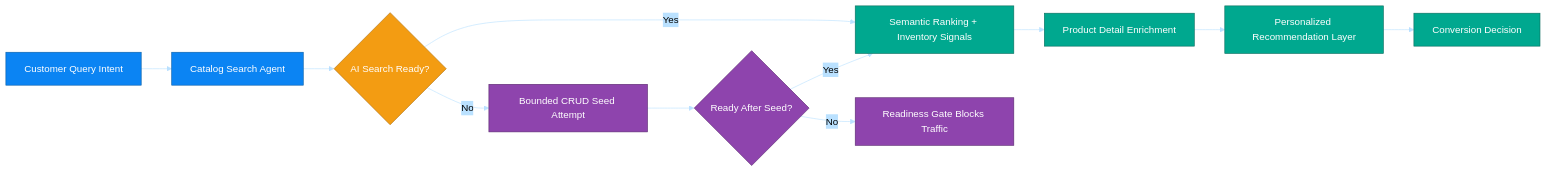
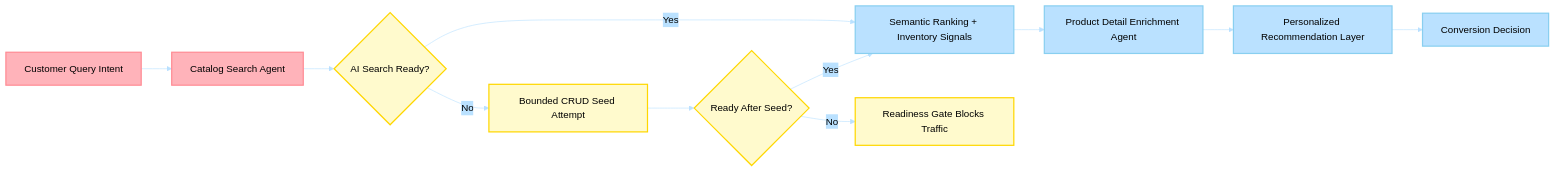
One commit to Azure-Samples/holiday-peak-hub changed the diagram in docs/business_scenarios/02-product-discovery-enrichment/README.md. Above: the diagram before and after it, drawn with Mermaid. The commit also changed other lines of this file and 112 other files, not shown here.

````diff
--- a/docs/business_scenarios/02-product-discovery-enrichment/README.md
+++ b/docs/business_scenarios/02-product-discovery-enrichment/README.md
@@ -27,30 +41,29 @@
 ```mermaid
 %%{init: {'theme':'base', 'themeVariables': {
   'primaryColor':'#FFB3BA',
   'primaryTextColor':'#000',
   'primaryBorderColor':'#FF8B94',
   'lineColor':'#BAE1FF',
   'secondaryColor':'#BAE1FF',
   'tertiaryColor':'#FFFFFF'
 }}}%%
 flowchart LR
    A[Customer Query Intent] --> B[Catalog Search Agent]
    B --> G{AI Search Ready?}
    G -->|Yes| C[Semantic Ranking + Inventory Signals]
-   C --> D[Product Detail Enrichment]
+   C --> D[Product Detail Enrichment Agent]
    D --> E[Personalized Recommendation Layer]
    E --> F[Conversion Decision]
    G -->|No| H[Bounded CRUD Seed Attempt]
    H --> I{Ready After Seed?}
    I -->|Yes| C
    I -->|No| J[Readiness Gate Blocks Traffic]
 
-   classDef a fill:#0B84F3,color:#fff,stroke:#085ea8
-   classDef b fill:#00A88F,color:#fff,stroke:#0b6e5f
-   classDef c fill:#F39C12,color:#fff,stroke:#af6f0c
-   classDef d fill:#8E44AD,color:#fff,stroke:#5b2a70
-   class A,B a
-   class C,D,E,F b
-   class G c
-   class H,I,J d
+   classDef primary fill:#FFB3BA,stroke:#FF8B94,stroke-width:2px,color:#000
+   classDef secondary fill:#BAE1FF,stroke:#89CFF0,stroke-width:2px,color:#000
+   classDef alert fill:#FFFACD,stroke:#FFD700,stroke-width:2px,color:#000
+
+   class A,B primary
+   class C,D,E,F secondary
+   class G,H,I,J alert
 ```
````
